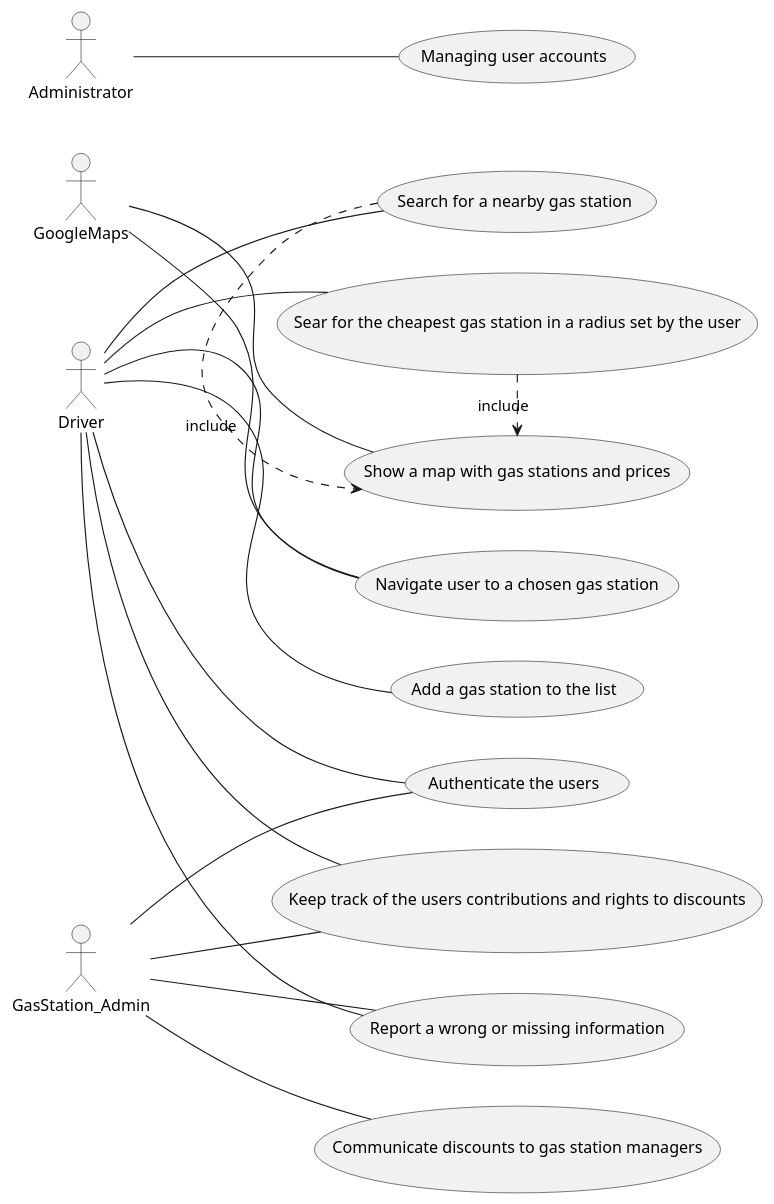
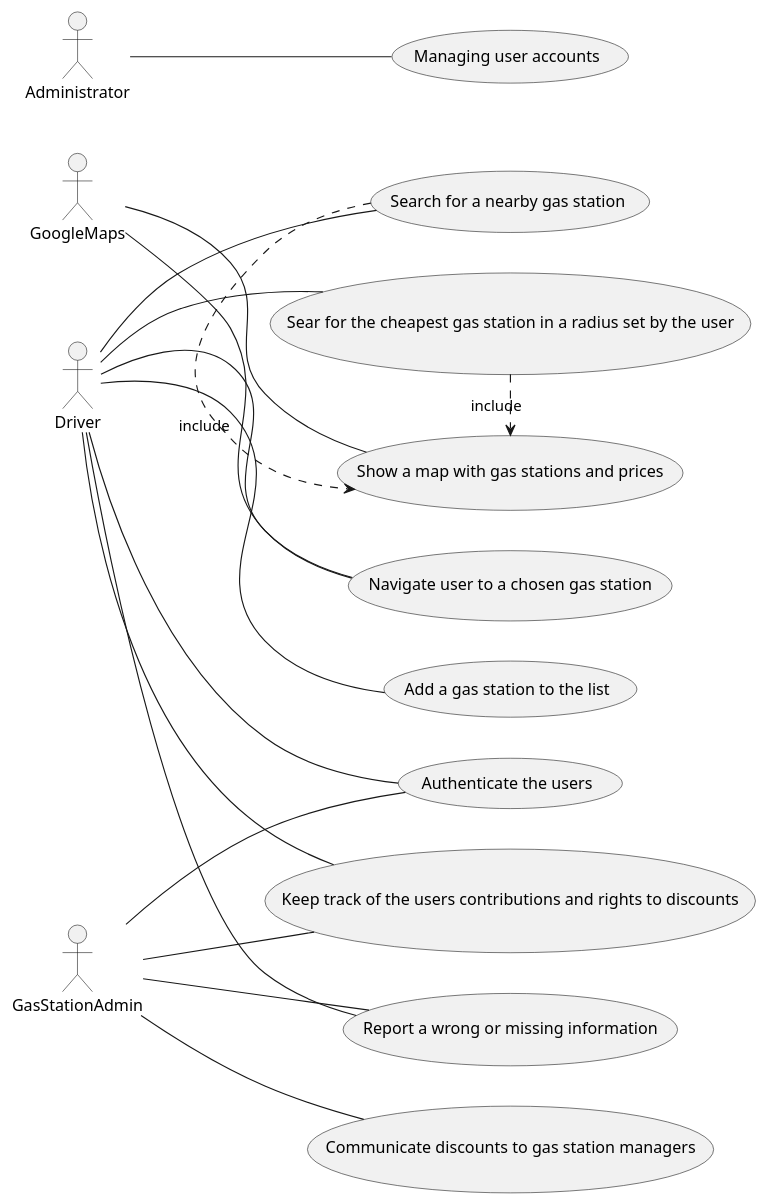
Before and after one commit to LucaOddoneSE/EZGas: the second of 4 diagrams in docs/RequirementsDocument.md, drawn with PlantUML.

Commit message:
docs : UML UCD modified

````diff
--- a/docs/RequirementsDocument.md
+++ b/docs/RequirementsDocument.md
@@ -109,43 +109,43 @@
 ```plantuml
 @startuml
 
 left to right direction
 actor Driver as d
-actor GasStation_Admin as a
+actor GasStationAdmin as a
 actor GoogleMaps as g
 actor Administrator as h
 
 (Search for a nearby gas station) as FR1
 (Sear for the cheapest gas station in a radius set by the user) as FR2
 (Show a map with gas stations and prices) as FR3
 (Navigate user to a chosen gas station) as FR4
 (Authenticate the users) as FR5
 (Add a gas station to the list) as FR6
 (Report a wrong or missing information) as FR7
 (Keep track of the users contributions and rights to discounts) as FR8
 (Communicate discounts to gas station managers) as FR9
 (Managing user accounts) as FR10
 
 d -- FR1
 d -- FR2
 d -- FR4
 d -- FR5
 d -- FR6
 d -- FR7
 d -- FR8
 
 FR1 .> FR3 : include
 FR2 .> FR3 : include
 
 a -- FR5
 a -- FR7
 a -- FR8
 a -- FR9
 
 g -- FR3
 g -- FR4
 
 h -- FR10
 
 @enduml
 ```
````
